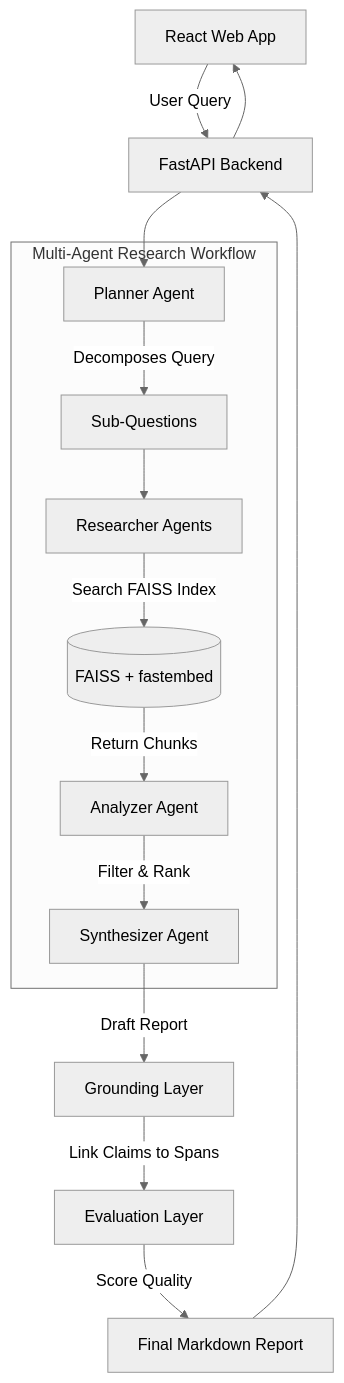
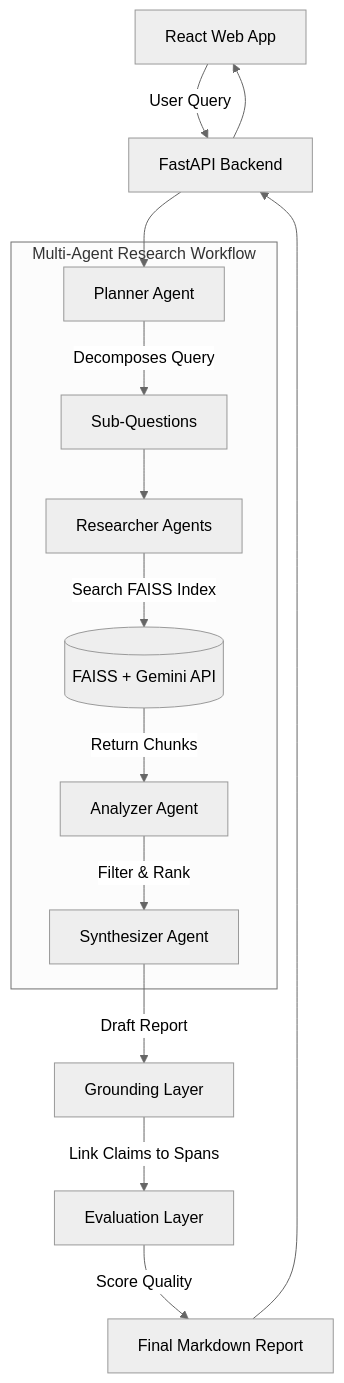
The diagram in README.md (divya-3005/ReMi), drawn with Mermaid (neutral theme) before and after one commit. The commit also changed other lines of this file and 4 other files, not shown here.

Commit message:
refactor: offload embeddings to Gemini API to reduce memory footprint

````diff
--- a/README.md
+++ b/README.md
@@ -74,19 +74,19 @@
 ```mermaid
 flowchart TD
     UI[React Web App] -->|User Query| API[FastAPI Backend]
     API --> Planner[Planner Agent]
     
     subgraph Multi-Agent Research Workflow
         Planner -->|Decomposes Query| SubQs[Sub-Questions]
         SubQs --> Researcher[Researcher Agents]
-        Researcher -->|Search FAISS Index| VectorStore[(FAISS + fastembed)]
+        Researcher -->|Search FAISS Index| VectorStore[(FAISS + Gemini API)]
         VectorStore -->|Return Chunks| Analyzer[Analyzer Agent]
         Analyzer -->|Filter & Rank| Synthesizer[Synthesizer Agent]
     end
     
     Synthesizer -->|Draft Report| Grounding[Grounding Layer]
     Grounding -->|Link Claims to Spans| Evaluator[Evaluation Layer]
     Evaluator -->|Score Quality| FinalReport[Final Markdown Report]
     FinalReport --> API
     API --> UI
 ```
````
